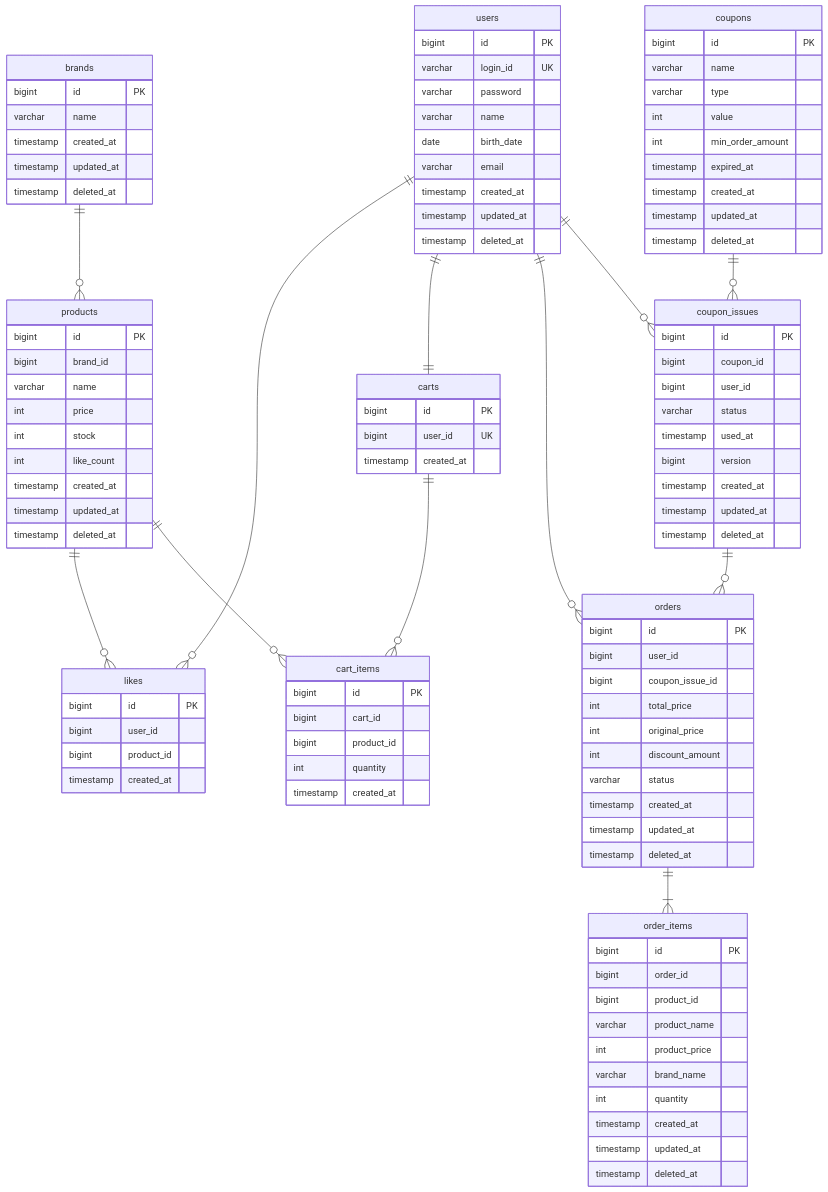
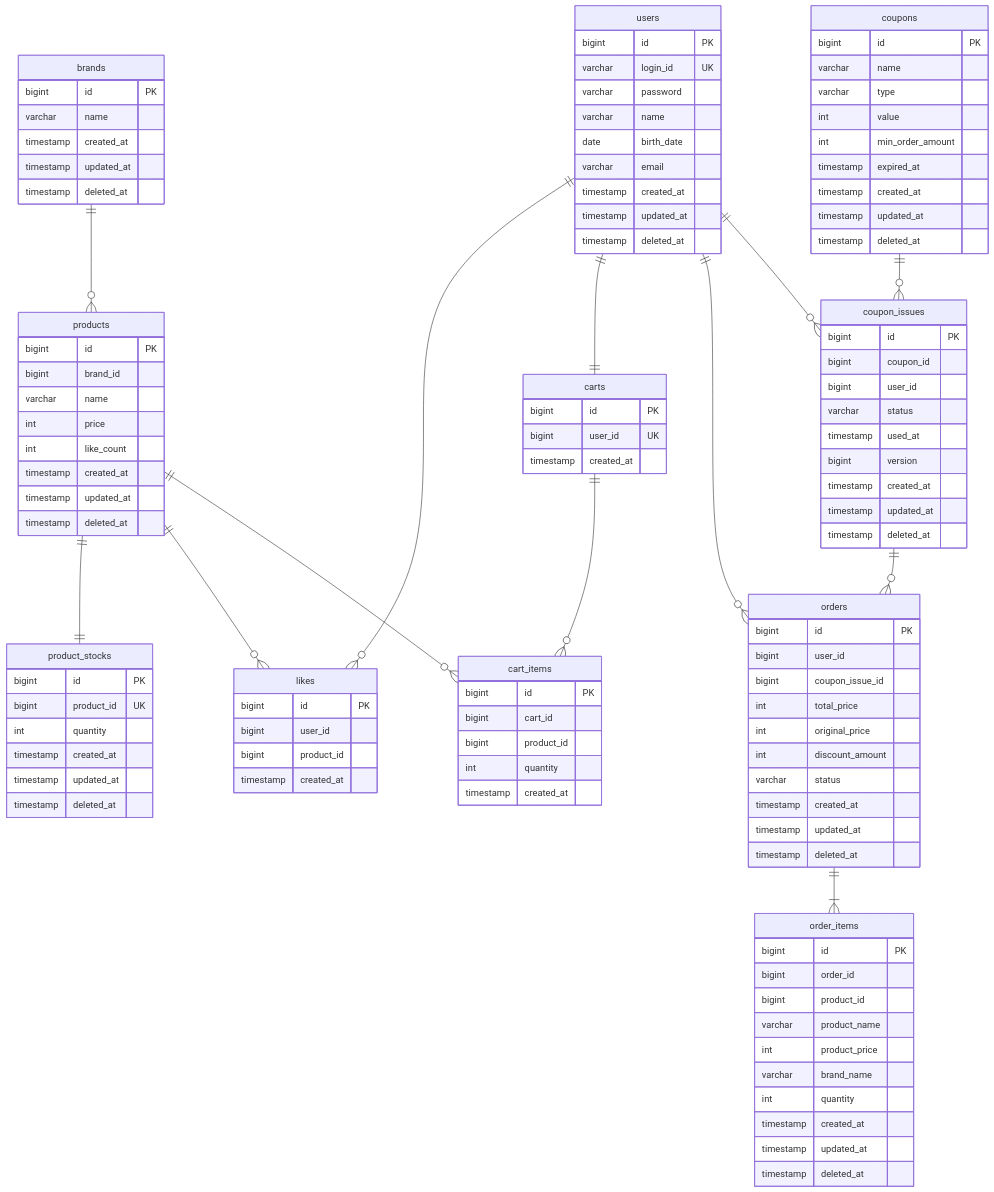
The diagram in .docs/04-erd.md (Loopers-dev-lab/loop-pack-be-l2-vol3-java), drawn with Mermaid before and after one commit. The commit also changed other lines of this file and 3 other files, not shown here.

```diff
--- a/.docs/04-erd.md
+++ b/.docs/04-erd.md
@@ -33,8 +33,16 @@
         bigint brand_id
         varchar name
         int price
-        int stock
         int like_count
+        timestamp created_at
+        timestamp updated_at
+        timestamp deleted_at
+    }
+
+    product_stocks {
+        bigint id PK
+        bigint product_id UK
+        int quantity
         timestamp created_at
         timestamp updated_at
         timestamp deleted_at
@@ -112,6 +120,7 @@
     }
 
     brands ||--o{ products : ""
+    products ||--|| product_stocks : ""
     users ||--o{ likes : ""
     products ||--o{ likes : ""
     users ||--|| carts : ""
```
